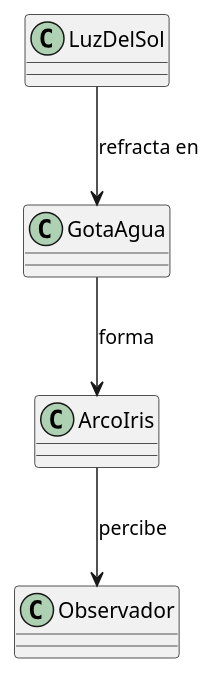
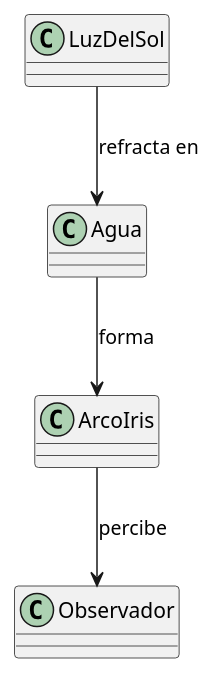
One commit to mmasias/24-25-IdSw1 changed the diagram in entregas/lopesBrenda/Ejercicio003/ArcoIris/ArcoIrisClases.puml. Above: the diagram before and after it, drawn with PlantUML. The commit also changed 4 other files, not shown here.

```diff
--- a/entregas/lopesBrenda/Ejercicio003/ArcoIris/ArcoIrisClases.puml
+++ b/entregas/lopesBrenda/Ejercicio003/ArcoIris/ArcoIrisClases.puml
@@ -1,17 +1,17 @@
 @startuml
 class LuzDelSol {
 }
 
-class GotaAgua {
+class Agua {
 }
 
 class ArcoIris {
 }
 
 class Observador {
 }
 
-LuzDelSol --> GotaAgua : refracta en
-GotaAgua --> ArcoIris : forma
+LuzDelSol --> Agua : refracta en
+Agua --> ArcoIris : forma
 ArcoIris --> Observador : percibe
 @enduml
```
